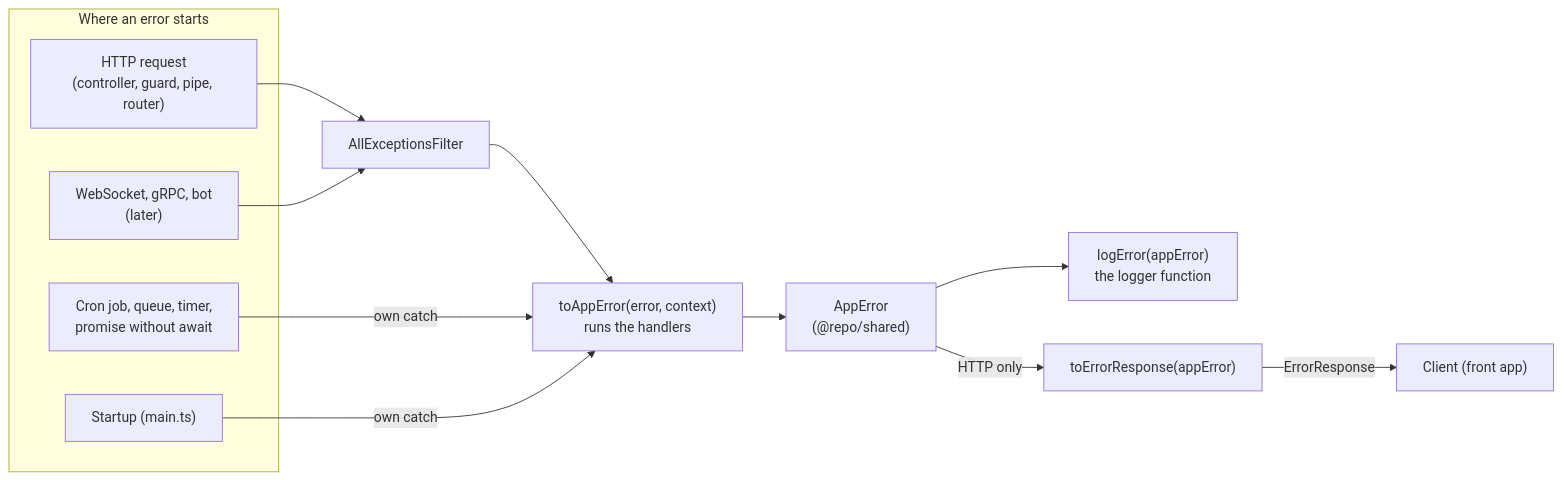
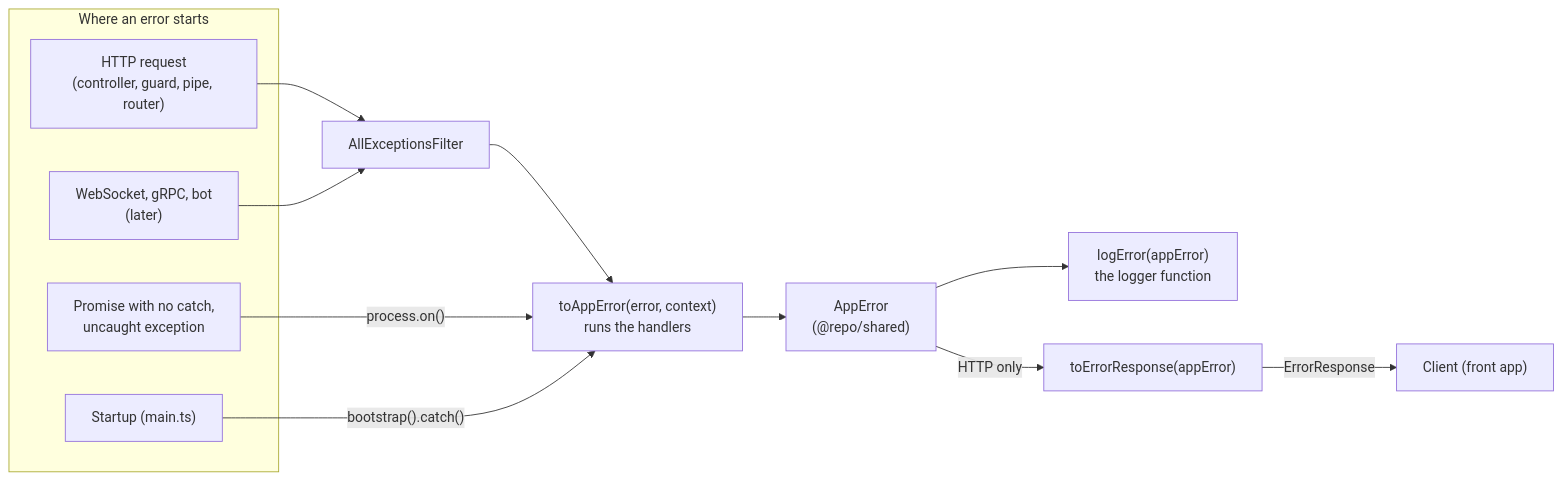
The first of 7 diagrams in docs/error-handling-improvements.md (CyberBrainiac/job-search-automation-tool), drawn with Mermaid before and after one commit. The commit also changed other lines of this file and 1 other file, not shown here.

````diff
--- a/docs/error-handling-improvements.md
+++ b/docs/error-handling-improvements.md
@@ -37,26 +41,26 @@
 ```mermaid
 flowchart LR
   subgraph sources["Where an error starts"]
     HTTP["HTTP request<br/>(controller, guard, pipe, router)"]
     CTX["WebSocket, gRPC, bot<br/>(later)"]
-    JOB["Cron job, queue, timer,<br/>promise without await"]
+    PROC["Promise with no catch,<br/>uncaught exception"]
     START["Startup (main.ts)"]
   end
 
   F["AllExceptionsFilter"]
   TO["toAppError(error, context)<br/>runs the handlers"]
   APP["AppError<br/>(@repo/shared)"]
   LOG["logError(appError)<br/>the logger function"]
   RESP["toErrorResponse(appError)"]
   C["Client (front app)"]
 
   HTTP --> F
   CTX --> F
   F --> TO
-  JOB -- "own catch" --> TO
-  START -- "own catch" --> TO
+  PROC -- "process.on()" --> TO
+  START -- "bootstrap().catch()" --> TO
   TO --> APP
   APP --> LOG
   APP -- "HTTP only" --> RESP
   RESP -- "ErrorResponse" --> C
 ```
````
